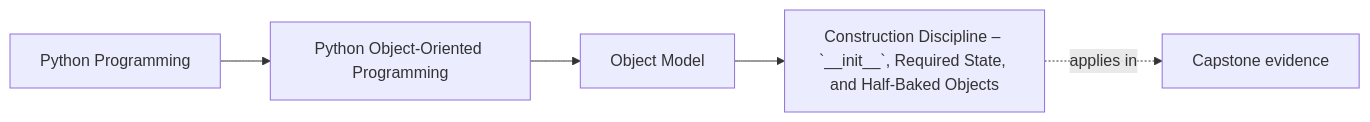
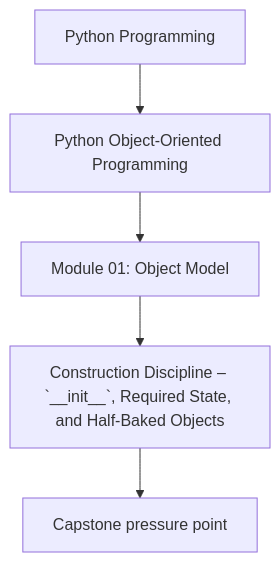
One commit to bijux/bijux-masterclass changed the first of 2 diagrams in programs/python-programming/python-object-oriented-programming/course-book/module-01-object-model/construction-discipline-and-invariants.md. Above: the diagram before and after it, drawn with Mermaid. The commit also changed other lines of this file and 107 other files, not shown here.

Commit message:
docs(python-object-oriented-programming): align concept page diagrams

````diff
--- a/programs/python-programming/python-object-oriented-programming/course-book/module-01-object-model/construction-discipline-and-invariants.md
+++ b/programs/python-programming/python-object-oriented-programming/course-book/module-01-object-model/construction-discipline-and-invariants.md
@@ -7,11 +7,7 @@
 ```mermaid
-graph LR
-  family["Python Programming"]
-  program["Python Object-Oriented Programming"]
-  section["Object Model"]
-  page["Construction Discipline – `__init__`, Required State, and Half-Baked Objects"]
-  capstone["Capstone evidence"]
-
-  family --> program --> section --> page
-  page -.applies in.-> capstone
+flowchart TD
+  family["Python Programming"] --> program["Python Object-Oriented Programming"]
+  program --> module["Module 01: Object Model"]
+  module --> concept["Construction Discipline – `__init__`, Required State, and Half-Baked Objects"]
+  concept --> capstone["Capstone pressure point"]
 ```
````
